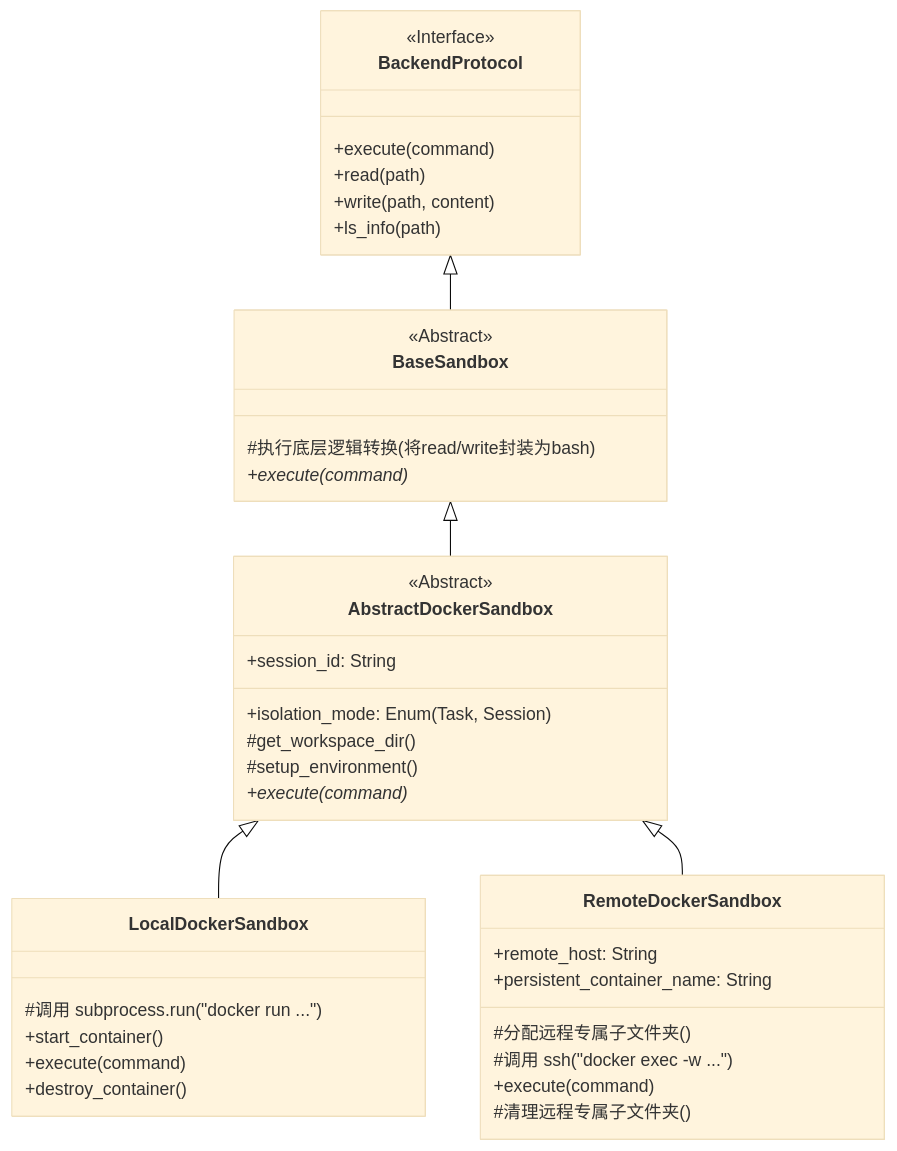
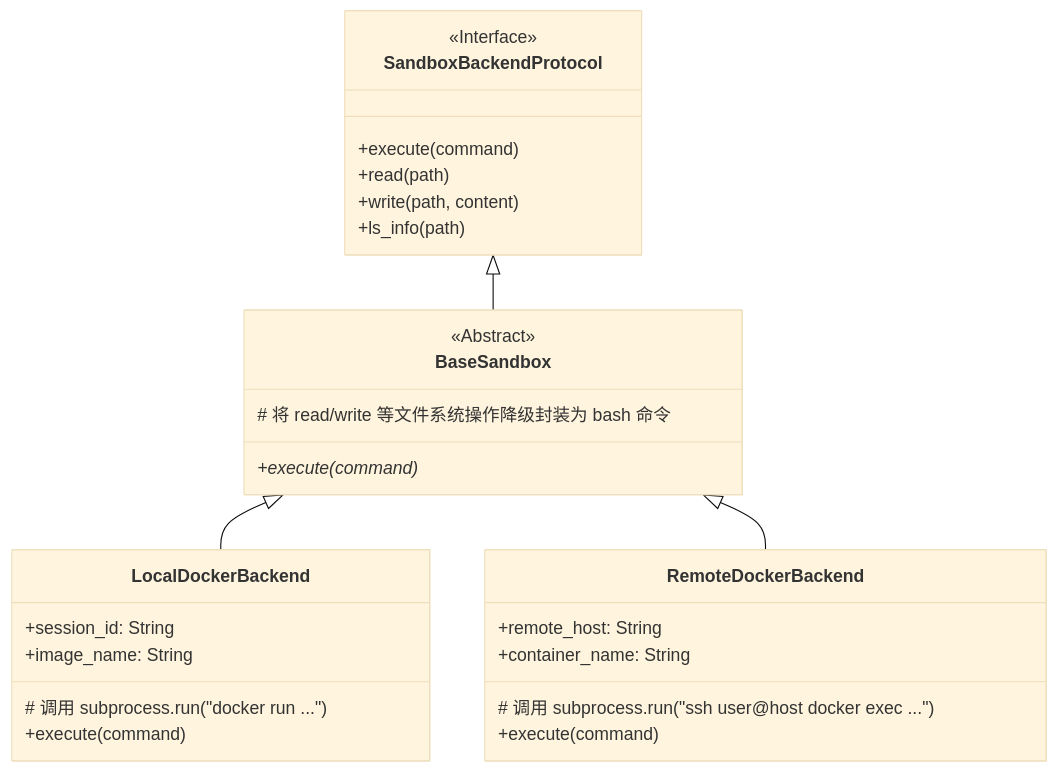
The seventh of 9 diagrams in doc/超级数据分析智能体_模块设计/超级分析智能体_模块设计.md (beyonai/ByDC), drawn with Mermaid (base theme) before and after one commit. The commit also changed other lines of this file, not shown here.

````diff
--- a/doc/超级数据分析智能体_模块设计/超级分析智能体_模块设计.md
+++ b/doc/超级数据分析智能体_模块设计/超级分析智能体_模块设计.md
@@ -883,48 +866,36 @@
 ```mermaid
 classDiagram
-    class BackendProtocol {
+    class SandboxBackendProtocol {
         <<Interface>>
         +execute(command)
         +read(path)
         +write(path, content)
         +ls_info(path)
     }
 
     class BaseSandbox {
         <<Abstract>>
-        #执行底层逻辑转换 (将read/write封装为bash)
+        # 将 read/write 等文件系统操作降级封装为 bash 命令
         +execute(command)*
     }
 
-    class AbstractDockerSandbox {
-        <<Abstract>>
+    %% 机制一：本地有安装docker，起容器->执行->取结果->删除
+    class LocalDockerBackend {
         +session_id: String
-        +isolation_mode: Enum(Task, Session)
-        #get_workspace_dir()
-        #setup_environment()
-        +execute(command)*
+        +image_name: String
+        # 调用 subprocess.run("docker run ...")
+        +execute(command)
     }
 
-    %% 机制一：本地直连（启停快、吃本地资源）
-    class LocalDockerSandbox {
-        #调用 subprocess.run("docker run ...")
-        +start_container()
+    %% 机制二：远程有一个起好的docker，发脚本->执行->取结果
+    class RemoteDockerBackend {
+        +remote_host: String
+        +container_name: String
+        # 调用 subprocess.run("ssh user@host docker exec ...")
         +execute(command)
-        +destroy_container()
     }
 
-    %% 机制二：远程长连接（不吃本地资源、防污染靠目录级隔离）
-    class RemoteDockerSandbox {
-        +remote_host: String
-        +persistent_container_name: String
-        #分配远程专属子文件夹()
-        #调用 ssh("docker exec -w ...")
-        +execute(command)
-        #清理远程专属子文件夹()
-    }
-
-    BackendProtocol <|-- BaseSandbox
-    BaseSandbox <|-- AbstractDockerSandbox
-    AbstractDockerSandbox <|-- LocalDockerSandbox
-    AbstractDockerSandbox <|-- RemoteDockerSandbox
+    SandboxBackendProtocol <|-- BaseSandbox
+    BaseSandbox <|-- LocalDockerBackend
+    BaseSandbox <|-- RemoteDockerBackend
 ```
````
